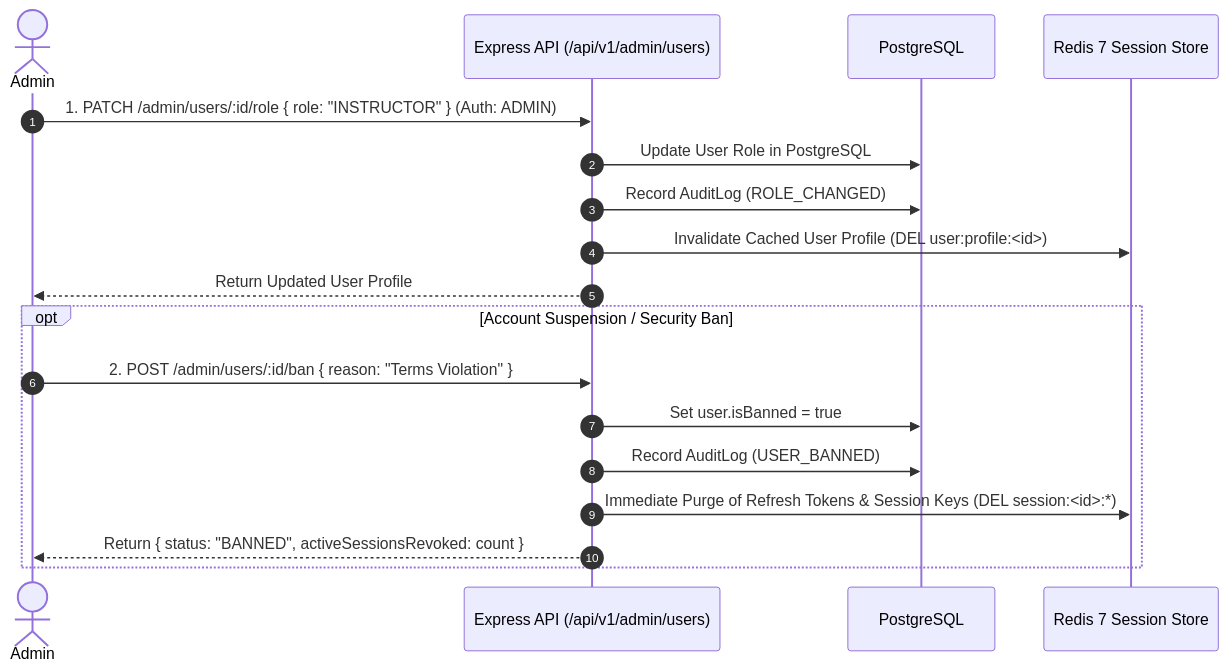
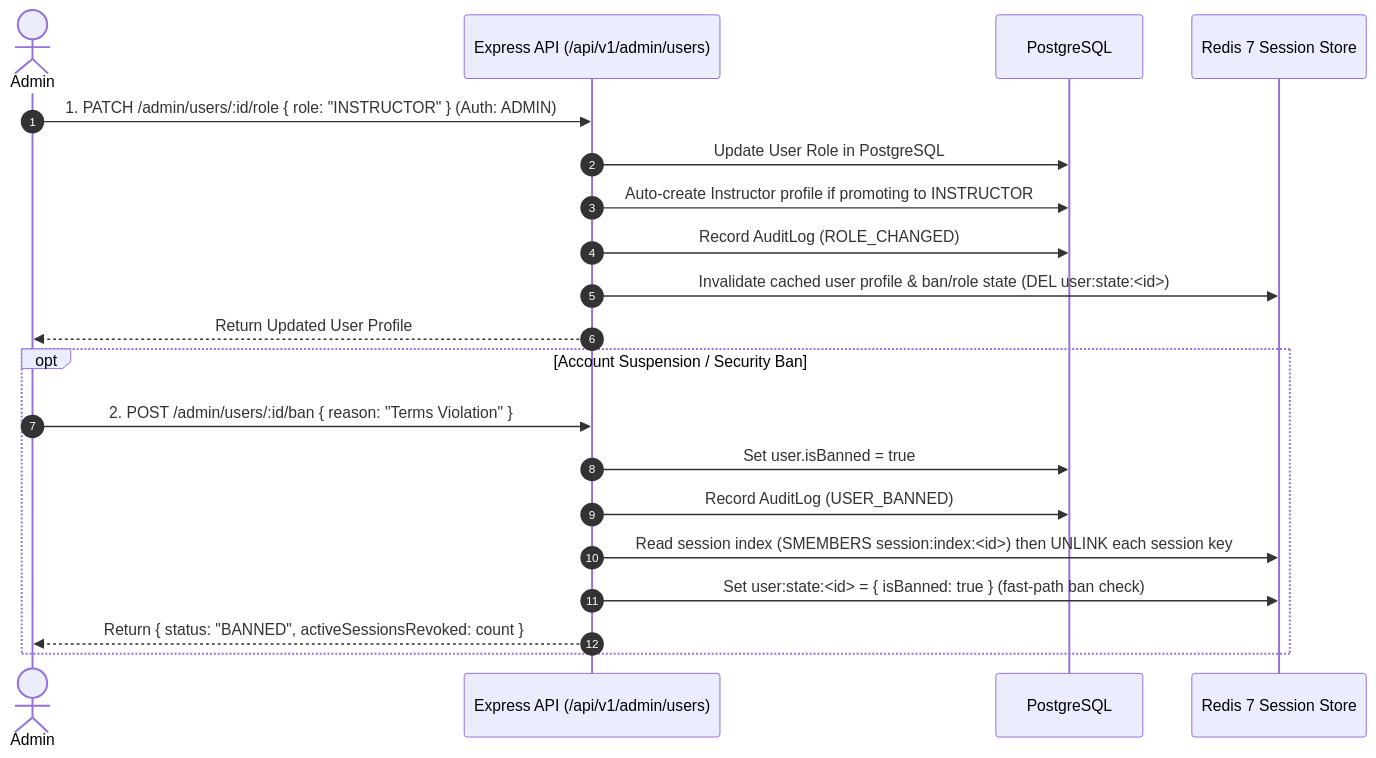
Before and after one commit to NashLucas/EduSphere: the eighth of 8 diagrams in EduTRD.md, drawn with Mermaid. The commit also changed other lines of this file and 1 other file, not shown here.

````diff
--- a/EduTRD.md
+++ b/EduTRD.md
@@ -1049,22 +1335,24 @@
 ```mermaid
 sequenceDiagram
     autonumber
     actor Admin
     participant API as Express API (/api/v1/admin/users)
     participant DB as PostgreSQL
     participant Redis as Redis 7 Session Store
 
     Admin->>API: 1. PATCH /admin/users/:id/role { role: "INSTRUCTOR" } (Auth: ADMIN)
     API->>DB: Update User Role in PostgreSQL
+    API->>DB: Auto-create Instructor profile if promoting to INSTRUCTOR
     API->>DB: Record AuditLog (ROLE_CHANGED)
-    API->>Redis: Invalidate Cached User Profile (DEL user:profile:<id>)
+    API->>Redis: Invalidate cached user profile & ban/role state (DEL user:state:<id>)
     API-->>Admin: Return Updated User Profile
 
     opt Account Suspension / Security Ban
         Admin->>API: 2. POST /admin/users/:id/ban { reason: "Terms Violation" }
         API->>DB: Set user.isBanned = true
         API->>DB: Record AuditLog (USER_BANNED)
-        API->>Redis: Immediate Purge of Refresh Tokens & Session Keys (DEL session:<id>:*)
+        API->>Redis: Read session index (SMEMBERS session:index:<id>) then UNLINK each session key
+        API->>Redis: Set user:state:<id> = { isBanned: true } (fast-path ban check)
         API-->>Admin: Return { status: "BANNED", activeSessionsRevoked: count }
     end
 ```
````
